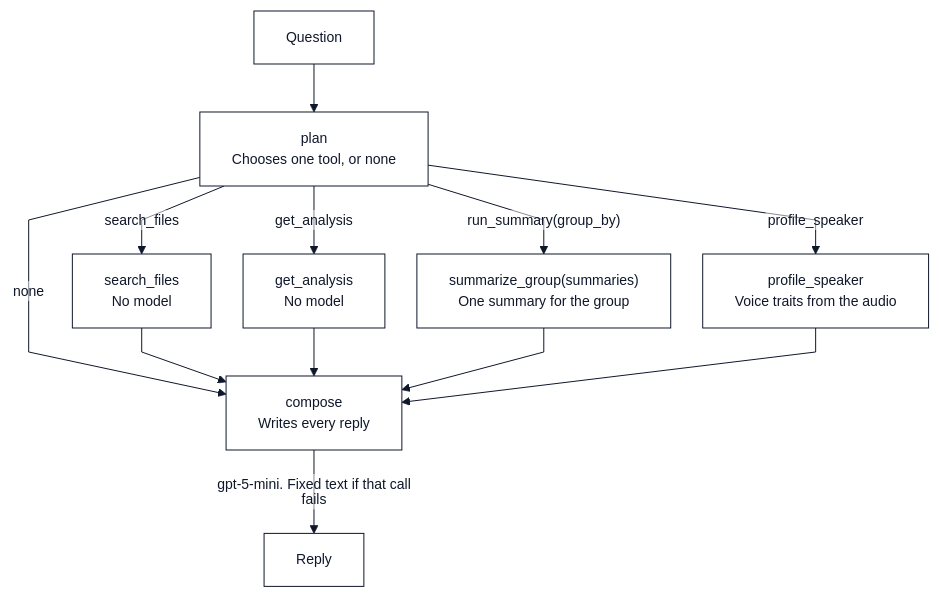
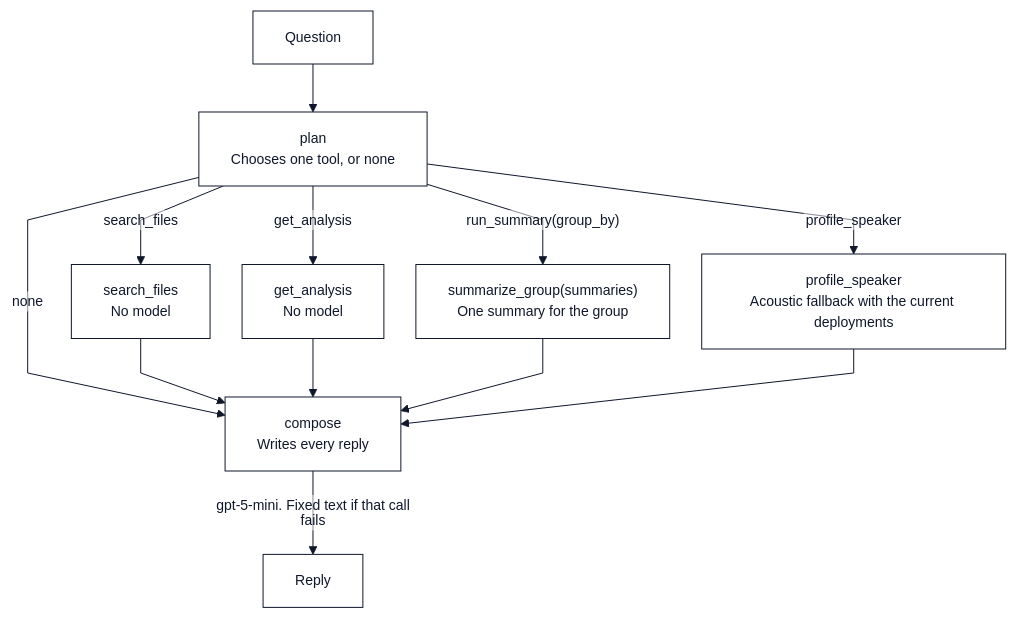
The fourth of 5 diagrams in docs/architecture.md (highprincezero/wn-voice-analytics), drawn with Mermaid before and after one commit. The commit also changed other lines of this file and 12 other files, not shown here.

````diff
--- a/docs/architecture.md
+++ b/docs/architecture.md
@@ -242,21 +249,21 @@
 ```mermaid
 %%{init: {"theme": "base", "themeVariables": {"fontFamily": "monospace", "fontSize": "14px", "primaryColor": "#ffffff", "primaryTextColor": "#0f172a", "primaryBorderColor": "#0f172a", "lineColor": "#0f172a", "background": "#ffffff"}, "flowchart": {"curve": "linear", "padding": 16, "nodeSpacing": 32, "rankSpacing": 48, "htmlLabels": false, "wrappingWidth": 240, "useMaxWidth": false}}}%%
 flowchart TD
   START["Question"] --> plan["plan
 Chooses one tool, or none"]
   plan -->|search_files| search["search_files
 No model"]
   plan -->|get_analysis| opened["get_analysis
 No model"]
   plan -->|"run_summary(group_by)"| summary["summarize_group(summaries)
 One summary for the group"]
   plan -->|profile_speaker| profile["profile_speaker
-Voice traits from the audio"]
+Acoustic fallback with the current deployments"]
   plan -->|none| compose["compose
 Writes every reply"]
   search --> compose
   opened --> compose
   summary --> compose
   profile --> compose
   compose -->|"gpt-5-mini. Fixed text if that call fails"| END["Reply"]
 ```
````
